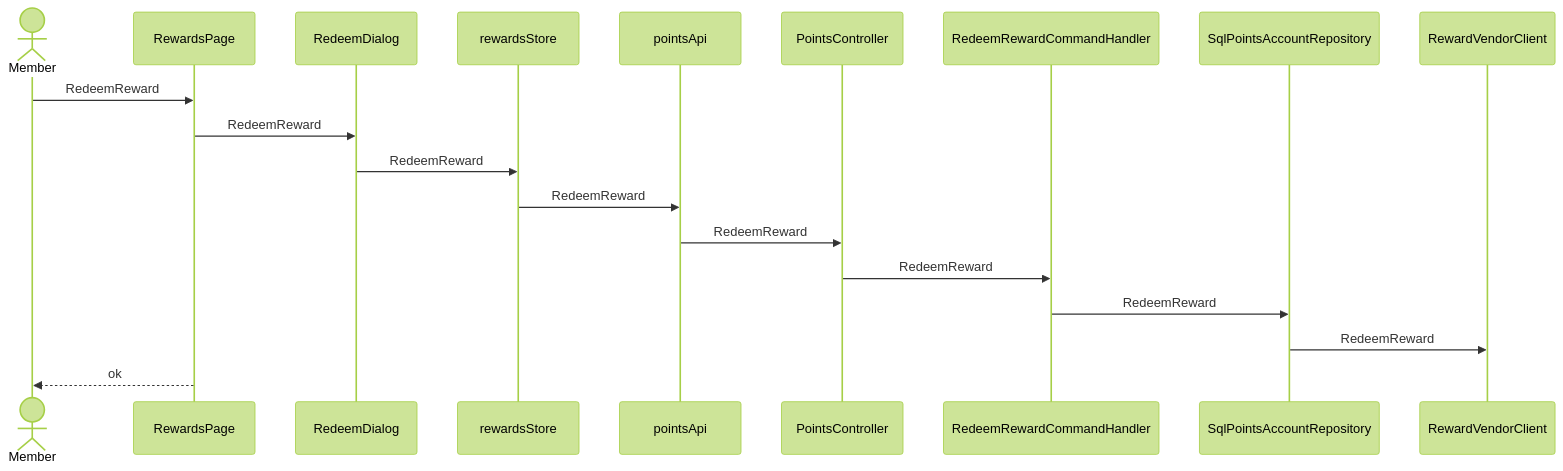
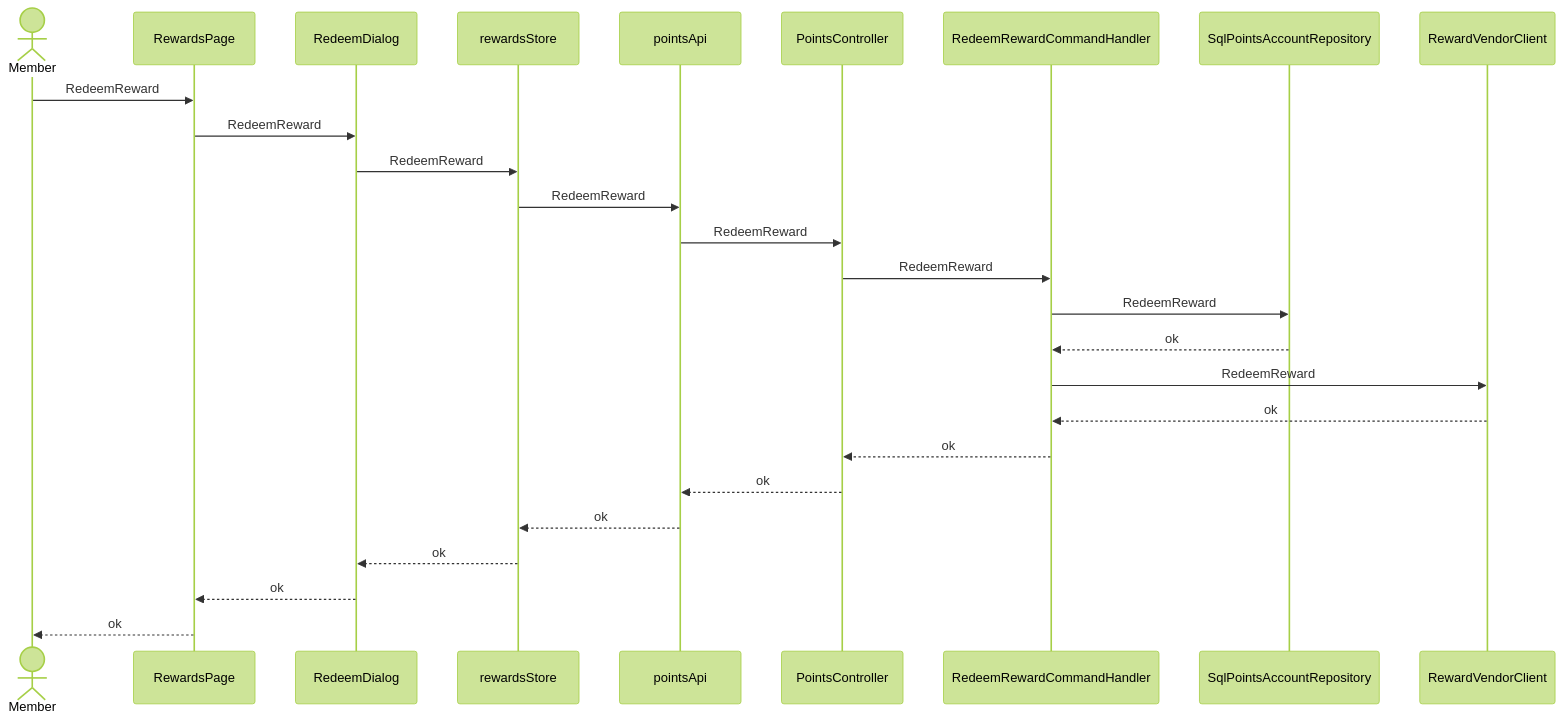
The fourth of 6 diagrams in skills/spec-dev-process/examples/matrix/fs-front-mixed-s3/specs/rd/points-redemption/spec/30-architecture-c4.md (pin0513/AITools), drawn with Mermaid (forest theme) before and after one commit. The commit also changed other lines of this file and 257 other files, not shown here.

````diff
--- a/skills/spec-dev-process/examples/matrix/fs-front-mixed-s3/specs/rd/points-redemption/spec/30-architecture-c4.md
+++ b/skills/spec-dev-process/examples/matrix/fs-front-mixed-s3/specs/rd/points-redemption/spec/30-architecture-c4.md
@@ -101,21 +101,28 @@
 ```mermaid
 sequenceDiagram
   actor U as Member
   participant CMP001 as RewardsPage
   participant CMP002 as RedeemDialog
   participant CMP004 as rewardsStore
   participant CMP005 as pointsApi
   participant CMP006 as PointsController
   participant CMP007 as RedeemRewardCommandHandler
   participant CMP010 as SqlPointsAccountRepository
   participant CMP011 as RewardVendorClient
   U->>CMP001: RedeemReward
   CMP001->>CMP002: RedeemReward
   CMP002->>CMP004: RedeemReward
   CMP004->>CMP005: RedeemReward
   CMP005->>CMP006: RedeemReward
   CMP006->>CMP007: RedeemReward
   CMP007->>CMP010: RedeemReward
-  CMP010->>CMP011: RedeemReward
+  CMP010-->>CMP007: ok
+  CMP007->>CMP011: RedeemReward
+  CMP011-->>CMP007: ok
+  CMP007-->>CMP006: ok
+  CMP006-->>CMP005: ok
+  CMP005-->>CMP004: ok
+  CMP004-->>CMP002: ok
+  CMP002-->>CMP001: ok
   CMP001-->>U: ok
 ```
````
